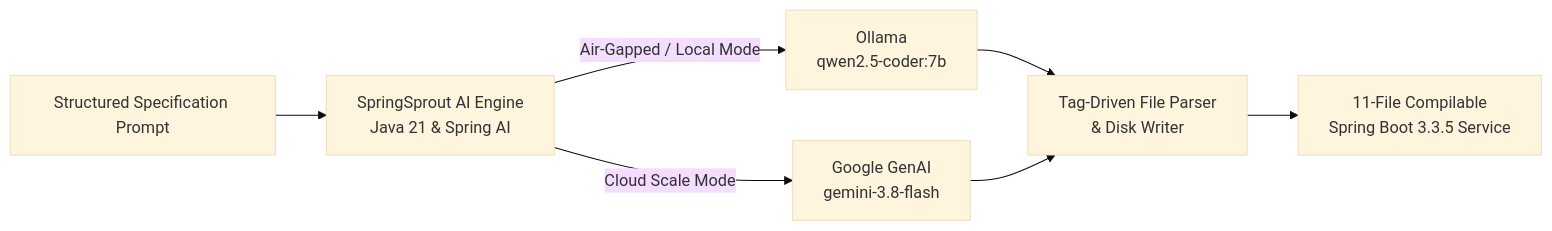
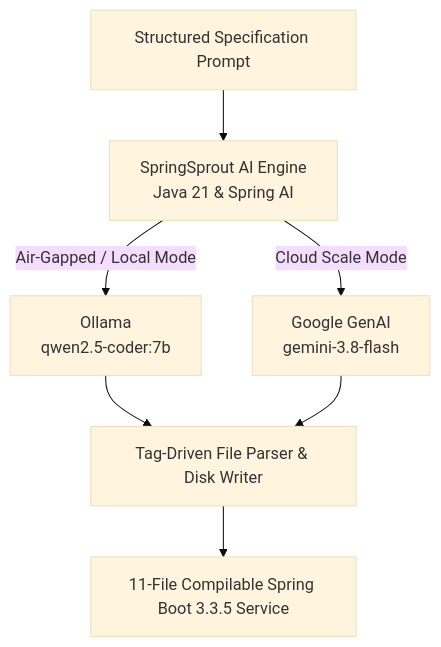
Before and after one commit to tpkani2026/spring-sprout-ai: the diagram in README.md, drawn with Mermaid (base theme).

Commit message:
Fix formatting in README.md flowchart

````diff
--- a/README.md
+++ b/README.md
@@ -12,9 +12,9 @@
 ```mermaid
-flowchart LR
+flowchart TD
     A[Structured Specification Prompt] --> B[SpringSprout AI Engine<br/>Java 21 & Spring AI]
     B -->|Air-Gapped / Local Mode| C[Ollama<br/>qwen2.5-coder:7b]
     B -->|Cloud Scale Mode| D[Google GenAI<br/>gemini-3.8-flash]
-    C --> E[Tag-Driven File Parser<br/>& Disk Writer]
+    C --> E[Tag-Driven File Parser & Disk Writer]
     D --> E
-    E --> F[11-File Compilable<br/>Spring Boot 3.3.5 Service]
+    E --> F[11-File Compilable Spring Boot 3.3.5 Service]
 ```
````
